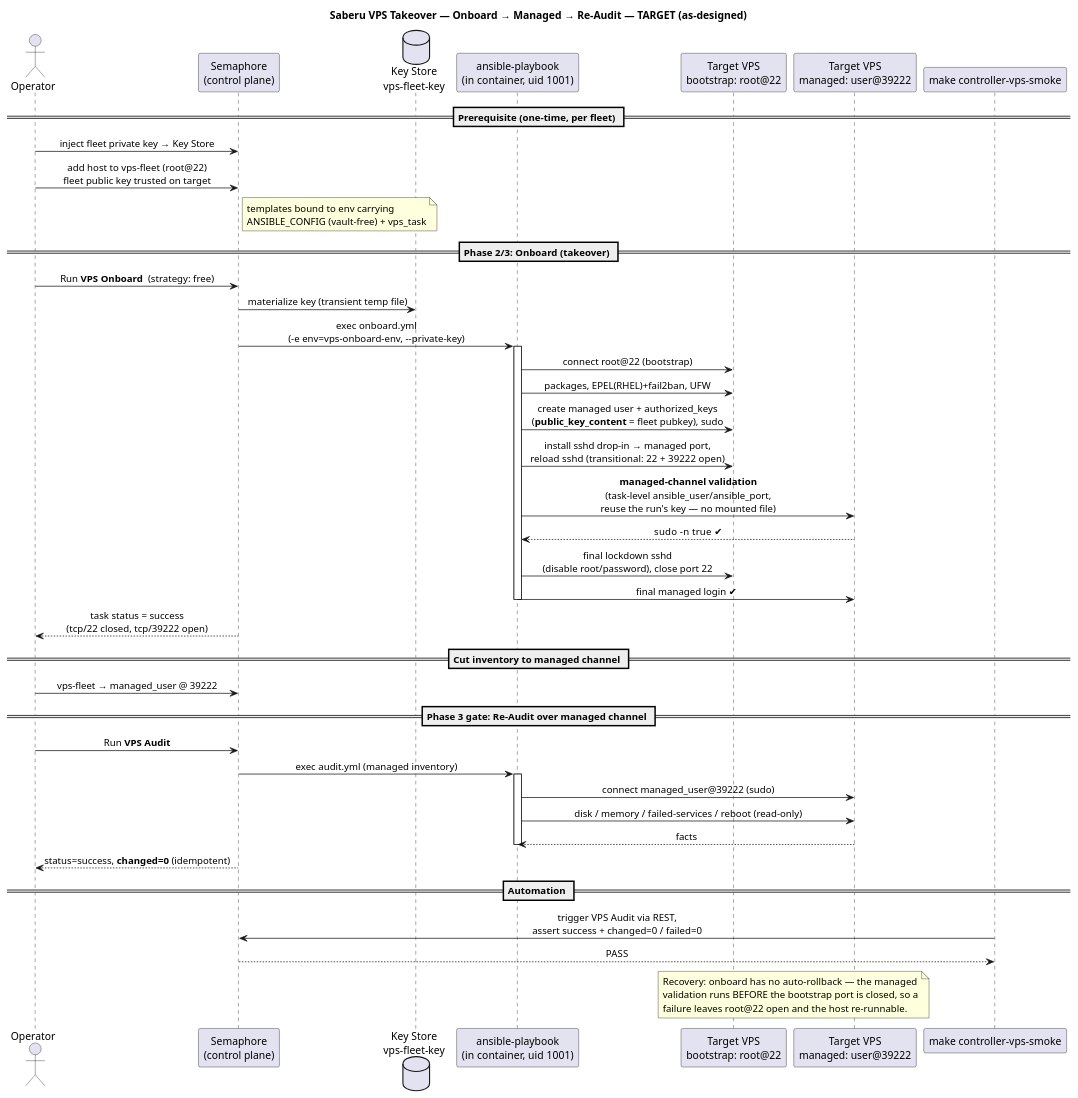
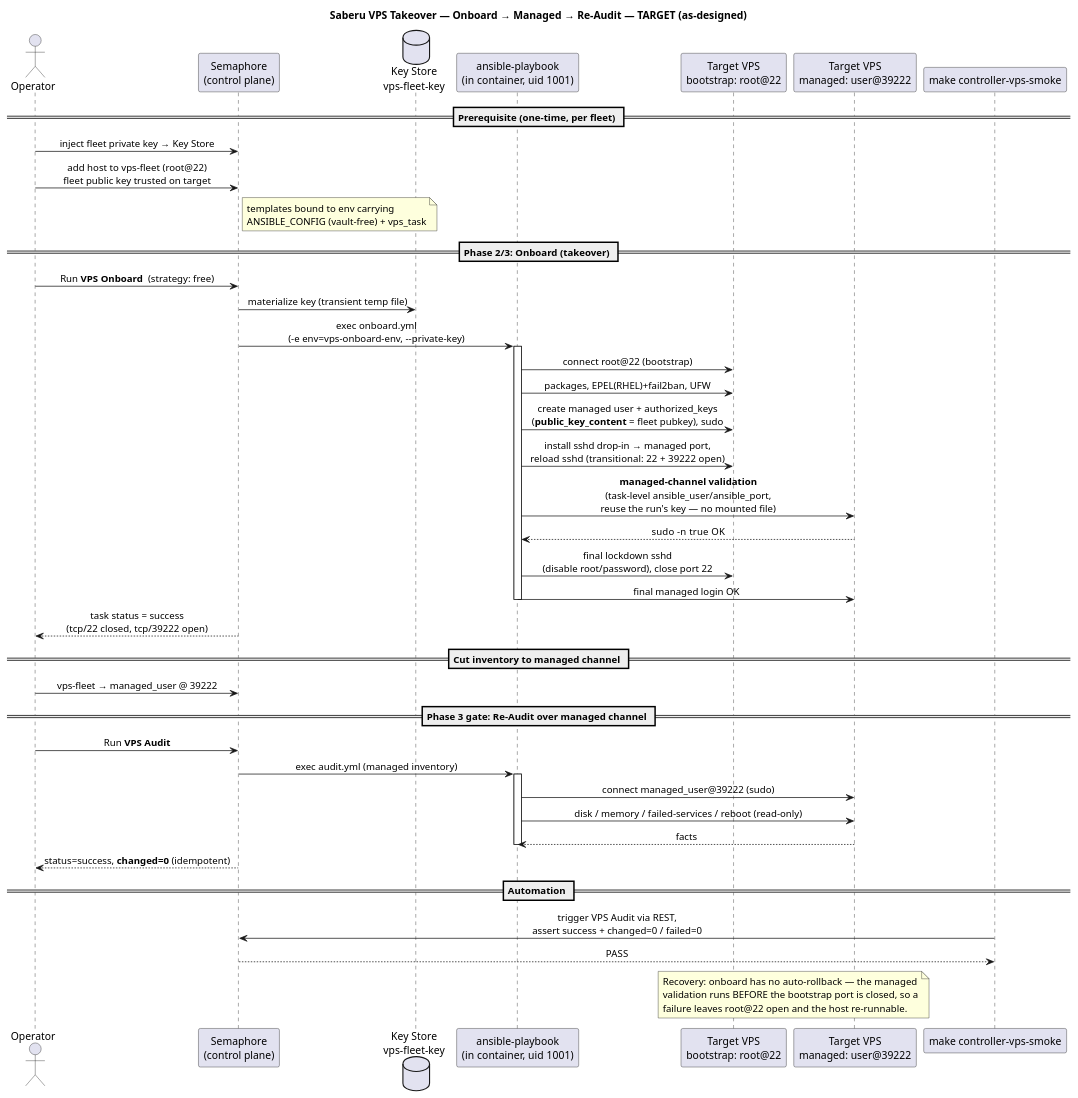
One commit to taoziyoyo2566/ansispire changed the diagram in docs/architecture/02-vps-lifecycle-sequence.puml. Above: the diagram before and after it, drawn with PlantUML. The commit also changed 11 other files, not shown here.

First line of the commit message:
docs(architecture): fix render, rename current-state→as-built, commit SVGs

```diff
--- a/docs/architecture/02-vps-lifecycle-sequence.puml
+++ b/docs/architecture/02-vps-lifecycle-sequence.puml
@@ -1,57 +1,57 @@
 @startuml ansispire-vps-lifecycle-sequence
 title Saberu VPS Takeover — Onboard → Managed → Re-Audit — TARGET (as-designed)
 skinparam shadowing false
 skinparam sequenceMessageAlign center
 
 actor Operator as OP
 participant "Semaphore\n(control plane)" as SEM
 database "Key Store\nvps-fleet-key" as KS
 participant "ansible-playbook\n(in container, uid 1001)" as ANS
 participant "Target VPS\nbootstrap: root@22" as BOOT
 participant "Target VPS\nmanaged: user@39222" as MGD
 participant "make controller-vps-smoke" as SMOKE
 
 == Prerequisite (one-time, per fleet) ==
 OP -> SEM : inject fleet private key → Key Store
 OP -> SEM : add host to vps-fleet (root@22)\nfleet public key trusted on target
 note right of SEM : templates bound to env carrying\nANSIBLE_CONFIG (vault-free) + vps_task
 
 == Phase 2/3: Onboard (takeover) ==
 OP -> SEM : Run **VPS Onboard**  (strategy: free)
 SEM -> KS : materialize key (transient temp file)
 SEM -> ANS : exec onboard.yml\n(-e env=vps-onboard-env, --private-key)
 activate ANS
 ANS -> BOOT : connect root@22 (bootstrap)
 ANS -> BOOT : packages, EPEL(RHEL)+fail2ban, UFW
 ANS -> BOOT : create managed user + authorized_keys\n(**public_key_content** = fleet pubkey), sudo
 ANS -> BOOT : install sshd drop-in → managed port,\nreload sshd  (transitional: 22 + 39222 open)
 ANS -> MGD : **managed-channel validation**\n(task-level ansible_user/ansible_port,\nreuse the run's key — no mounted file)
-MGD --> ANS : sudo -n true  ✔
+MGD --> ANS : sudo -n true  OK
 ANS -> BOOT : final lockdown sshd\n(disable root/password), close port 22
-ANS -> MGD : final managed login ✔
+ANS -> MGD : final managed login OK
 deactivate ANS
 SEM --> OP : task status = success\n(tcp/22 closed, tcp/39222 open)
 
 == Cut inventory to managed channel ==
 OP -> SEM : vps-fleet → managed_user @ 39222
 
 == Phase 3 gate: Re-Audit over managed channel ==
 OP -> SEM : Run **VPS Audit**
 SEM -> ANS : exec audit.yml (managed inventory)
 activate ANS
 ANS -> MGD : connect managed_user@39222 (sudo)
 ANS -> MGD : disk / memory / failed-services / reboot (read-only)
 MGD --> ANS : facts
 deactivate ANS
 SEM --> OP : status=success, **changed=0** (idempotent)
 
 == Automation ==
 SMOKE -> SEM : trigger VPS Audit via REST,\nassert success + changed=0 / failed=0
 SEM --> SMOKE : PASS
 
 note over BOOT, MGD
   Recovery: onboard has no auto-rollback — the managed
   validation runs BEFORE the bootstrap port is closed, so a
   failure leaves root@22 open and the host re-runnable.
 end note
 @enduml
```
